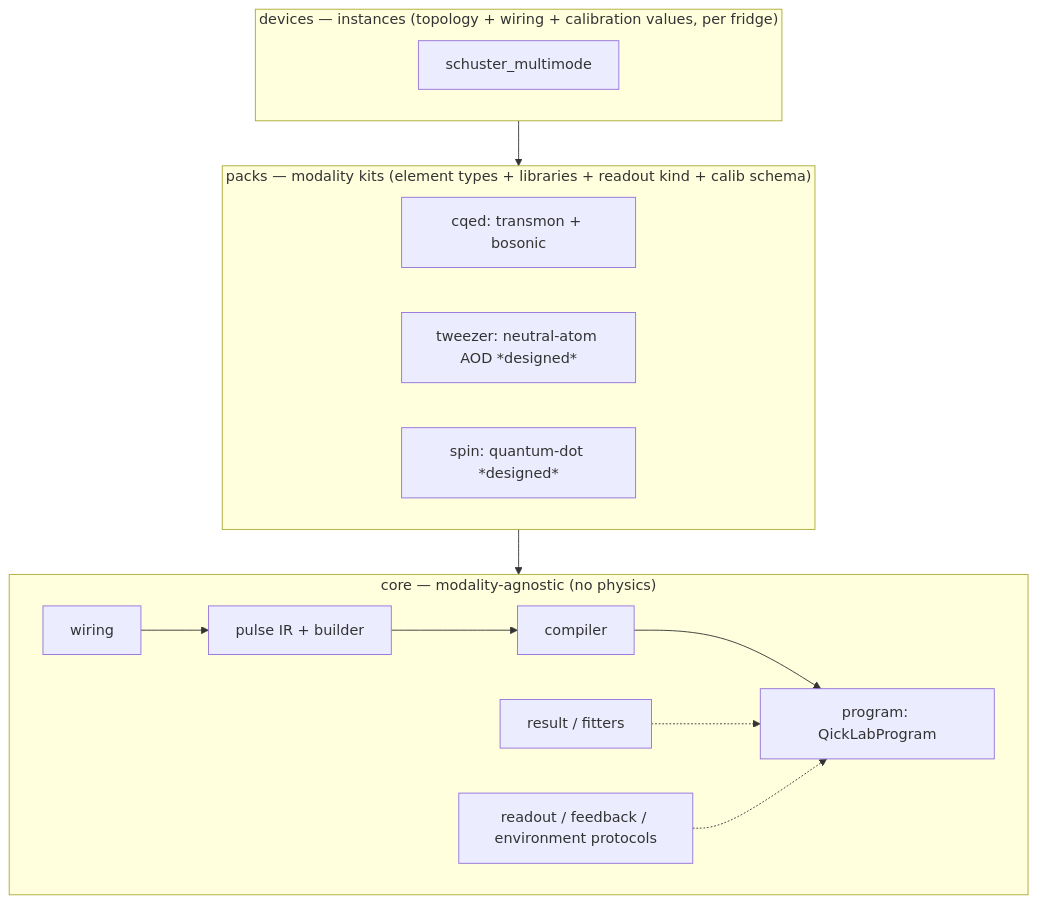
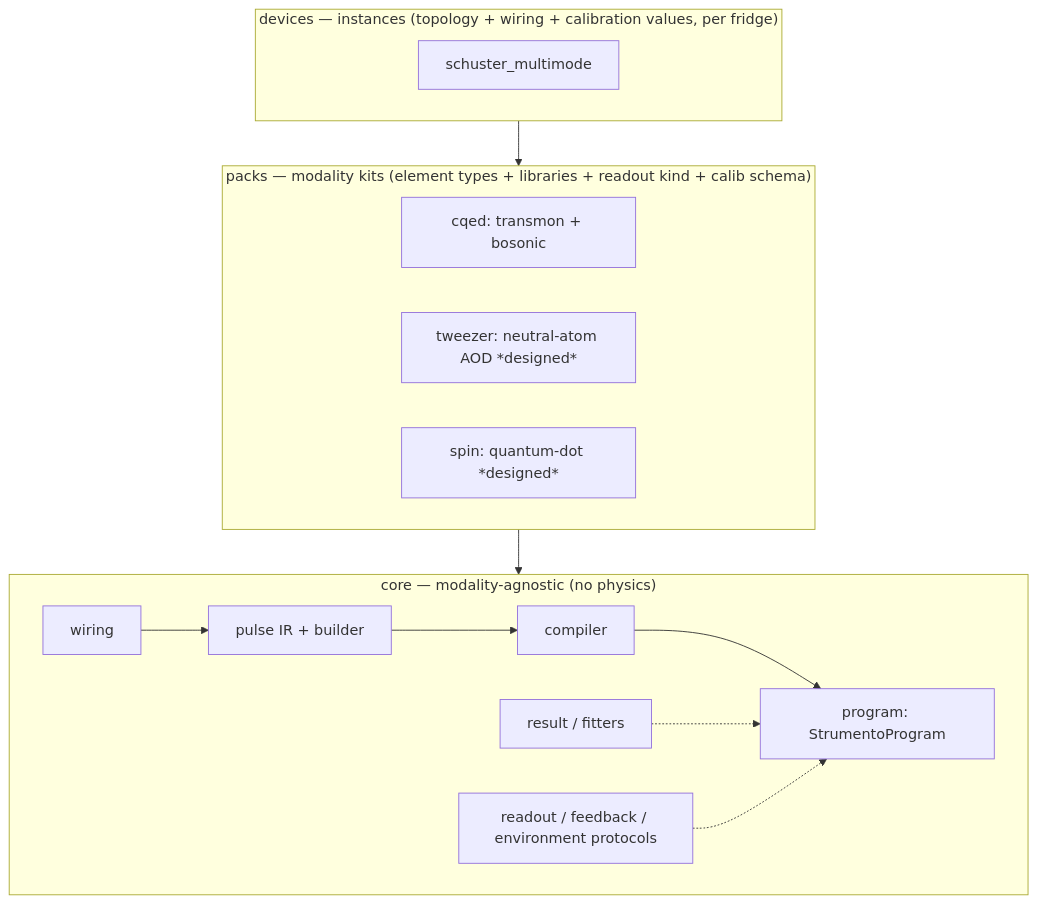
One commit to harmoniqs/strumento changed the diagram in README.md. Above: the diagram before and after it, drawn with Mermaid. The commit also changed other lines of this file and 8 other files, not shown here.

````diff
--- a/README.md
+++ b/README.md
@@ -55,20 +55,20 @@
 ```mermaid
 flowchart TD
     subgraph core["core — modality-agnostic (no physics)"]
         W[wiring] --> P[pulse IR + builder]
         P --> C[compiler]
-        C --> PR[program: QickLabProgram]
+        C --> PR[program: StrumentoProgram]
         R[result / fitters] -.-> PR
         RK[readout / feedback / environment protocols] -.-> PR
     end
     subgraph packs["packs — modality kits (element types + libraries + readout kind + calib schema)"]
         CQED[cqed: transmon + bosonic]
         TWZ[tweezer: neutral-atom AOD *designed*]
         SPIN[spin: quantum-dot *designed*]
     end
     subgraph devices["devices — instances (topology + wiring + calibration values, per fridge)"]
         SM[schuster_multimode]
     end
     packs --> core
     devices --> packs
 ```
````
